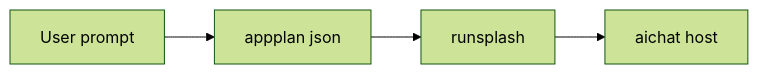
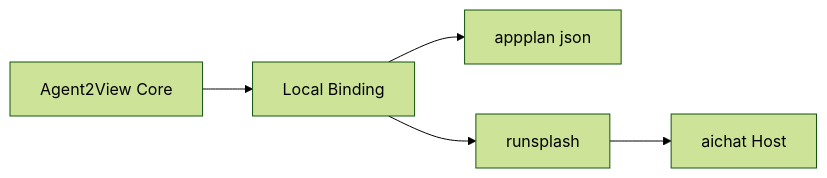
The first of 3 diagrams in examples/aichat/specs/agent2app-book-en/src/08-aichat-profile.md (ZhangHanDong/makepad), drawn with Mermaid (forest theme) before and after one commit. The commit also changed other lines of this file and 37 other files, not shown here.

Commit message:
Document agent2app aichat rollout

````diff
--- a/examples/aichat/specs/agent2app-book-en/src/08-aichat-profile.md
+++ b/examples/aichat/specs/agent2app-book-en/src/08-aichat-profile.md
@@ -11,6 +9,8 @@
 ```mermaid
 flowchart LR
-    Prompt[User prompt] --> Plan[appplan json]
-    Plan --> Splash[runsplash]
-    Splash --> Host[aichat host]
+    Core[Agent2View Core]
+    Core --> Binding[Local Binding]
+    Binding --> Plan[appplan json]
+    Binding --> Splash[runsplash]
+    Splash --> Host[aichat Host]
 ```
````
